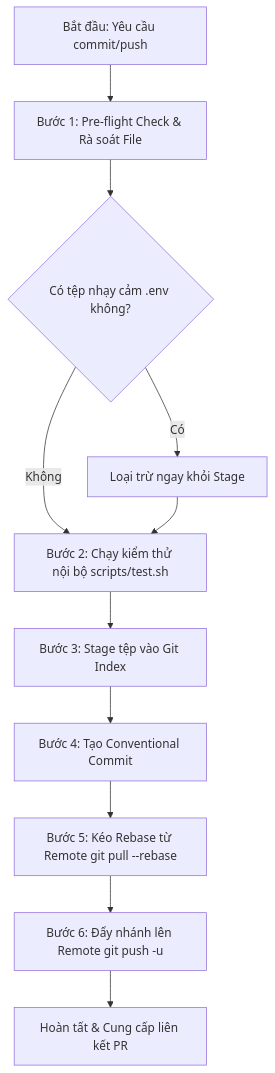
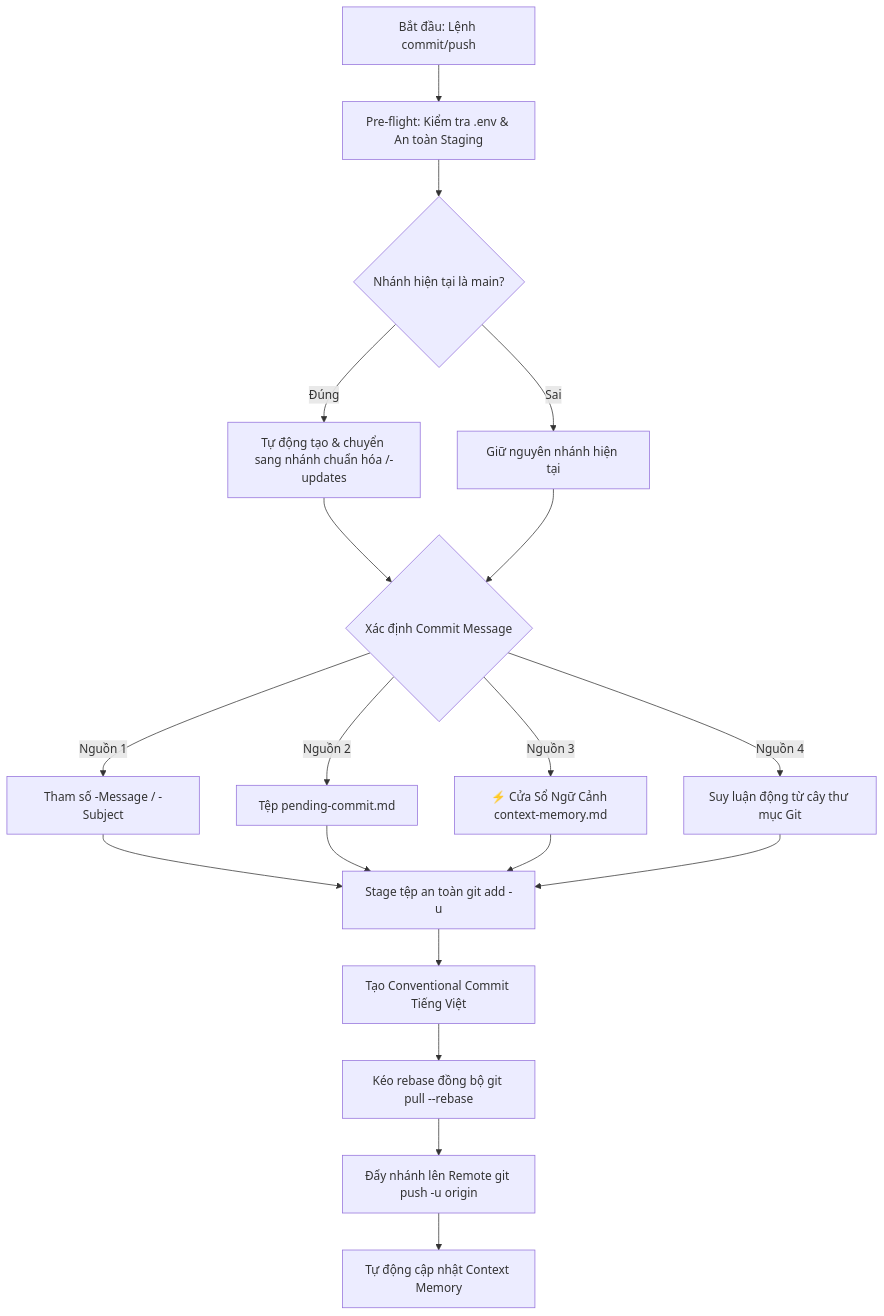
Before and after one commit to ThienleDuc/GDMAS: the diagram in .agents/skills/git-commit-push/SKILL.md, drawn with Mermaid. The commit also changed other lines of this file and 9 other files, not shown here.

Commit message:
docs(core-project): chuẩn hóa và tối ưu hóa các kỹ năng AI agent

````diff
--- a/.agents/skills/git-commit-push/SKILL.md
+++ b/.agents/skills/git-commit-push/SKILL.md
@@ -17,13 +22,17 @@
 ```mermaid
 flowchart TD
-    A[Bắt đầu: Yêu cầu commit/push] --> B[Bước 1: Pre-flight Check & Rà soát File]
-    B --> C{Có tệp nhạy cảm .env không?}
-    C -- Có --> D[Loại trừ ngay khỏi Stage]
-    C -- Không --> E[Bước 2: Chạy kiểm thử nội bộ scripts/test.sh]
-    D --> E
-    E --> F[Bước 3: Stage tệp vào Git Index]
-    F --> G[Bước 4: Tạo Conventional Commit]
-    G --> H[Bước 5: Kéo Rebase từ Remote git pull --rebase]
-    H --> I[Bước 6: Đẩy nhánh lên Remote git push -u]
-    I --> J[Hoàn tất & Cung cấp liên kết PR]
+    A[Bắt đầu: Lệnh commit/push] --> B[Pre-flight: Kiểm tra .env & An toàn Staging]
+    B --> C{Nhánh hiện tại là main?}
+    C -- Đúng --> D[Tự động tạo & chuyển sang nhánh chuẩn hóa <type>/<scope>-updates]
+    C -- Sai --> E[Giữ nguyên nhánh hiện tại]
+    D & E --> F{Xác định Commit Message}
+    F -- Nguồn 1 --> G[Tham số -Message / -Subject]
+    F -- Nguồn 2 --> H[Tệp pending-commit.md]
+    F -- Nguồn 3 --> I[⚡ Cửa Sổ Ngữ Cảnh context-memory.md]
+    F -- Nguồn 4 --> J[Suy luận động từ cây thư mục Git]
+    G & H & I & J --> K[Stage tệp an toàn git add -u]
+    K --> L[Tạo Conventional Commit Tiếng Việt]
+    L --> M[Kéo rebase đồng bộ git pull --rebase]
+    M --> N[Đẩy nhánh lên Remote git push -u origin]
+    N --> O[Tự động cập nhật Context Memory]
 ```
````
